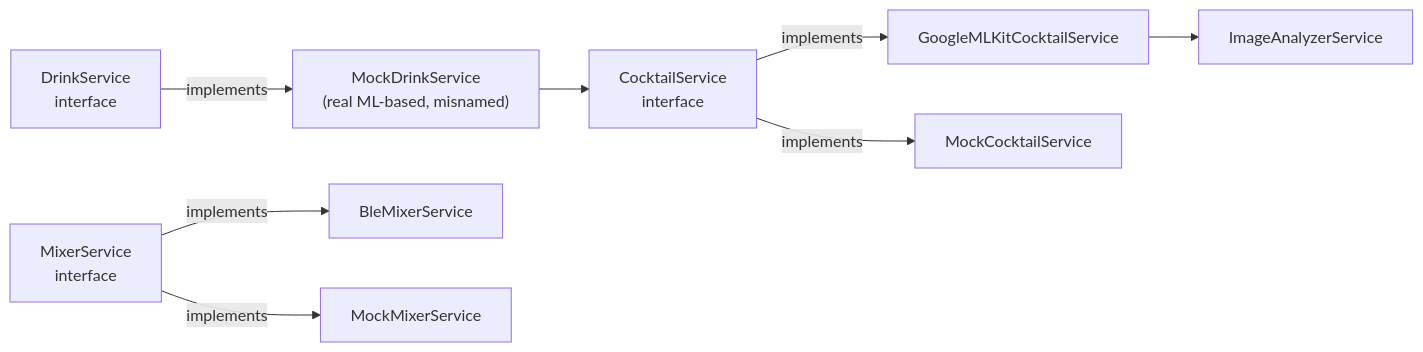
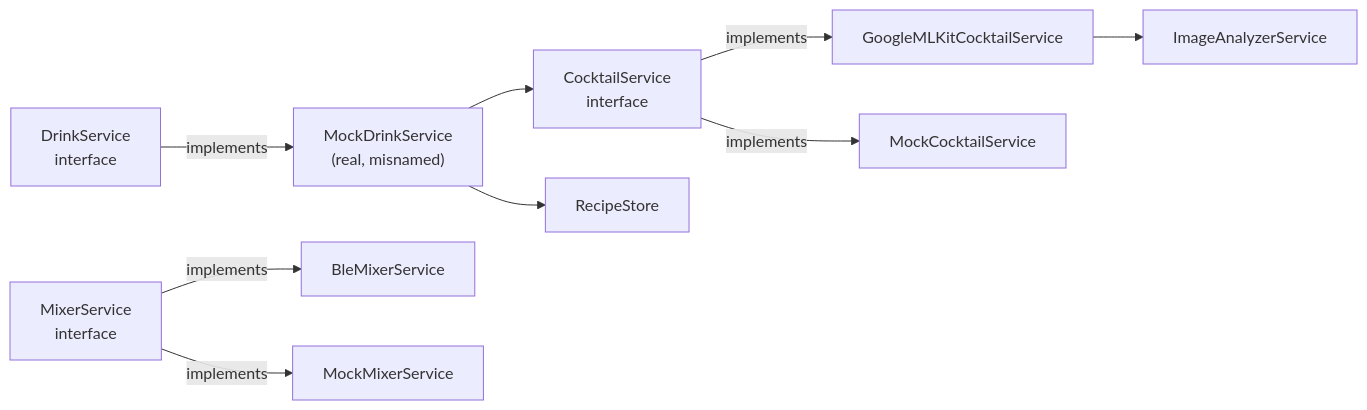
Before and after one commit to Hubert005/IoT_Projekt: the diagram in docs/frontend/services.md, drawn with Mermaid. The commit also changed other lines of this file and 19 other files, not shown here.

````diff
--- a/docs/frontend/services.md
+++ b/docs/frontend/services.md
@@ -90,14 +91,15 @@
 ```mermaid
 graph LR
     DS[DrinkService<br/>interface]
     MS[MixerService<br/>interface]
     CS[CocktailService<br/>interface]
 
-    DS -->|implements| MockDS["MockDrinkService<br/>(real ML-based, misnamed)"]
+    DS -->|implements| MockDS["MockDrinkService<br/>(real, misnamed)"]
     MS -->|implements| BleMS[BleMixerService]
     MS -->|implements| MockMS[MockMixerService]
     CS -->|implements| GMLK[GoogleMLKitCocktailService]
     CS -->|implements| MockCS[MockCocktailService]
     MockDS --> CS
+    MockDS --> RStore[RecipeStore]
     GMLK --> Analyzer[ImageAnalyzerService]
 ```
````
